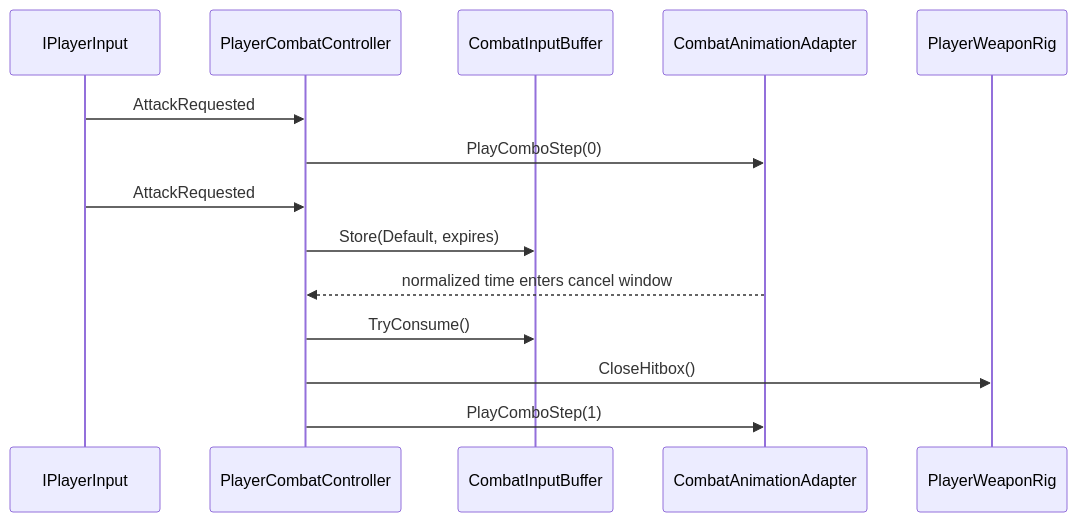
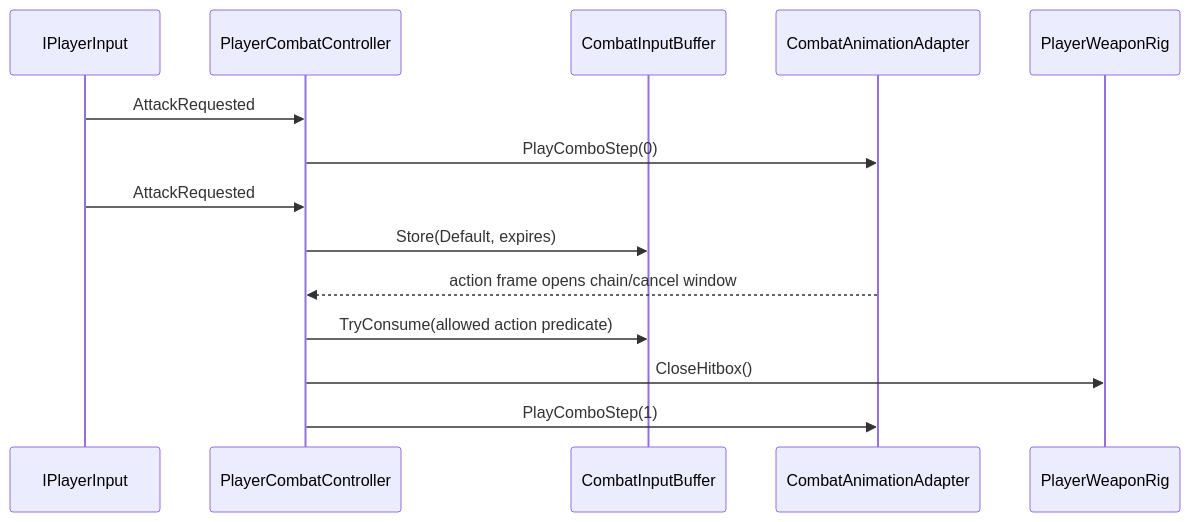
The third of 3 diagrams in Docs/Architecture/Player.Combat.md (MaximFonariuc/project-s), drawn with Mermaid before and after one commit. The commit also changed other lines of this file and 15 other files, not shown here.

Commit message:
feat: add configurable combat input buffer

````diff
--- a/Docs/Architecture/Player.Combat.md
+++ b/Docs/Architecture/Player.Combat.md
@@ -120,17 +120,17 @@
 ```mermaid
 sequenceDiagram
     participant Input as IPlayerInput
     participant Combat as PlayerCombatController
     participant Buffer as CombatInputBuffer
     participant Animation as CombatAnimationAdapter
     participant Weapon as PlayerWeaponRig
 
     Input->>Combat: AttackRequested
     Combat->>Animation: PlayComboStep(0)
     Input->>Combat: AttackRequested
     Combat->>Buffer: Store(Default, expires)
-    Animation-->>Combat: normalized time enters cancel window
-    Combat->>Buffer: TryConsume()
+    Animation-->>Combat: action frame opens chain/cancel window
+    Combat->>Buffer: TryConsume(allowed action predicate)
     Combat->>Weapon: CloseHitbox()
     Combat->>Animation: PlayComboStep(1)
 ```
````
